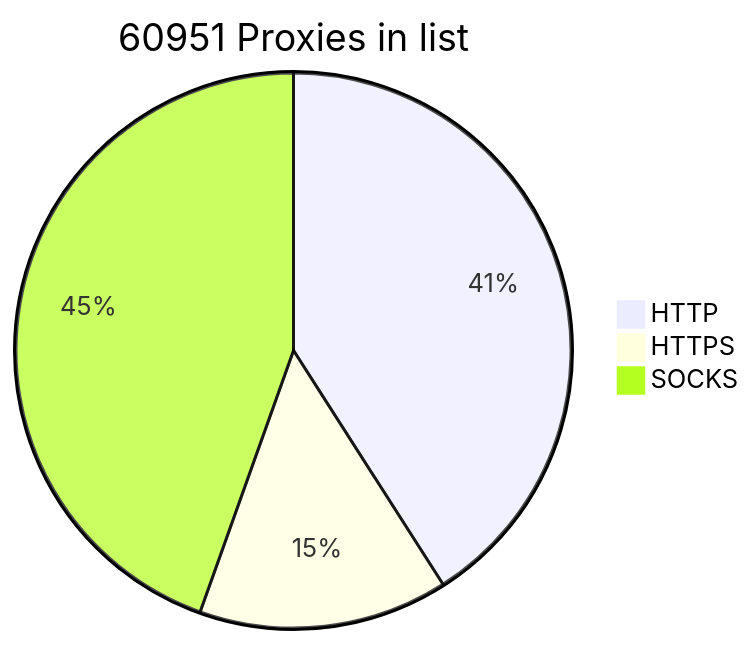
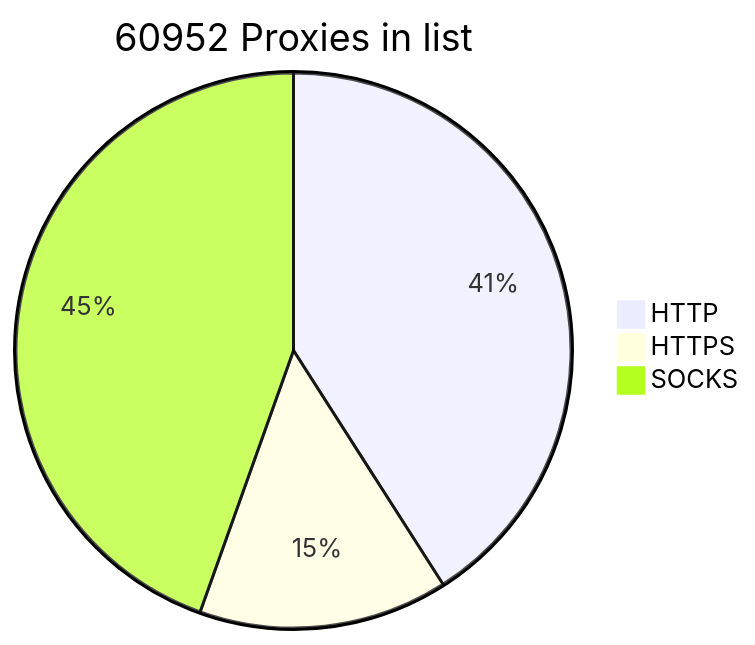
The diagram in README.md (BlackSnowDot/proxylist-update-every-minute), drawn with Mermaid before and after one commit.

````diff
--- a/README.md
+++ b/README.md
@@ -2,6 +2,6 @@
 ```mermaid
-pie title 60951 Proxies in list
-    "HTTP" : 28275
-    "HTTPS": 10022
+pie title 60952 Proxies in list
+    "HTTP" : 28274
+    "HTTPS": 10023
     "SOCKS" : 30756
 ```
````
